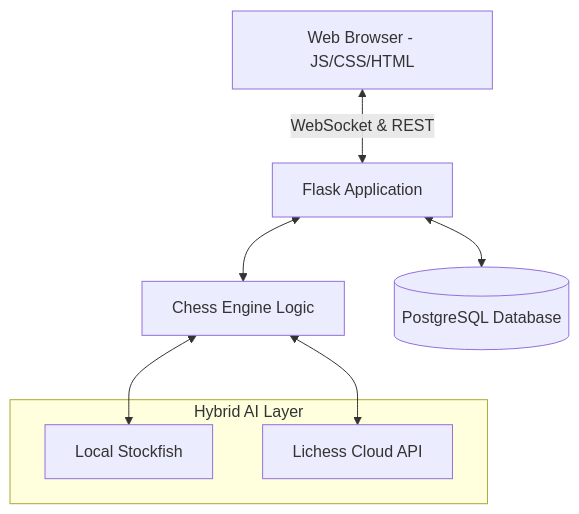
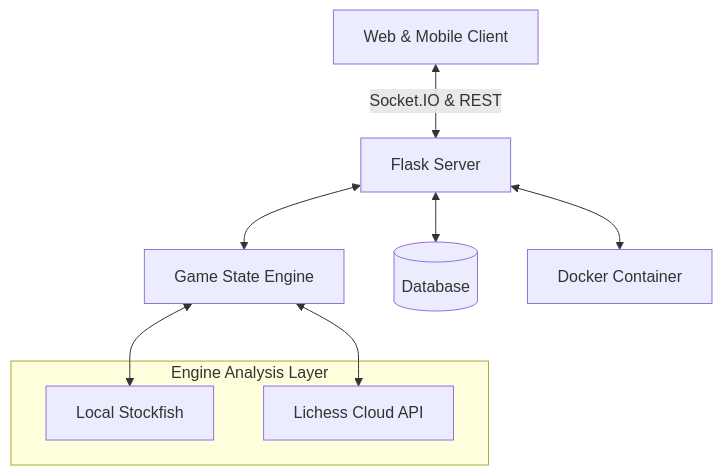
One commit to PHENOGRAMMER/GrandMaster changed the diagram in README.md. Above: the diagram before and after it, drawn with Mermaid. The commit also changed other lines of this file, not shown here.

Commit message:
docs: update README with analysis engine, Docker support, and mobile UI overhaul

````diff
--- a/README.md
+++ b/README.md
@@ -116,13 +136,14 @@
 ```mermaid
 graph TD
-    A[Web Browser - JS/CSS/HTML] <-->|WebSocket & REST| B[Flask Application]
-    B <--> C[Chess Engine Logic]
-    B <--> D[(PostgreSQL Database)]
+    A[Web & Mobile Client] <-->|Socket.IO & REST| B[Flask Server]
+    B <--> C[Game State Engine]
+    B <--> D[(Database)]
+    B <--> G[Docker Container]
     C <--> E[Local Stockfish]
     C <--> F[Lichess Cloud API]
     
-    subgraph "Hybrid AI Layer"
+    subgraph "Engine Analysis Layer"
     E
     F
     end
 ```
````
